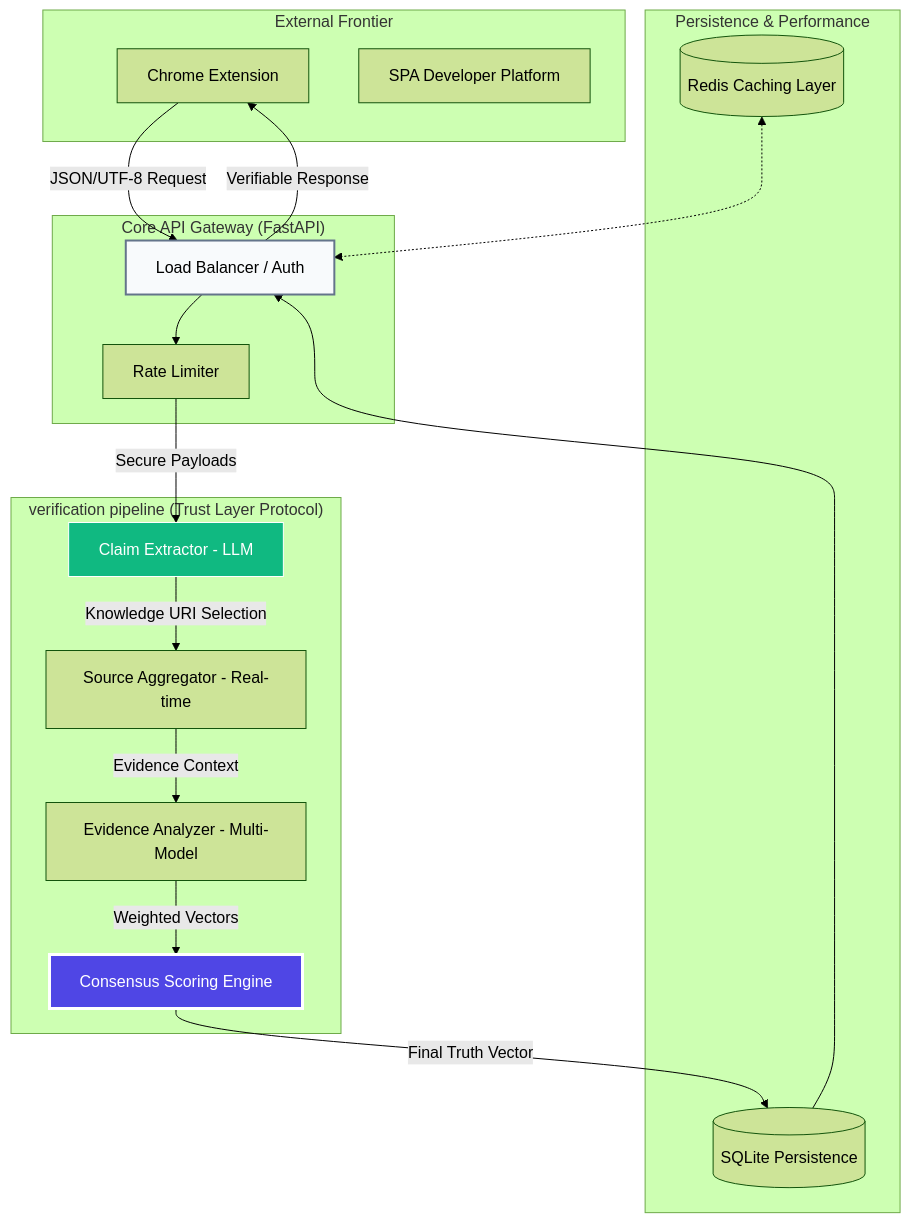
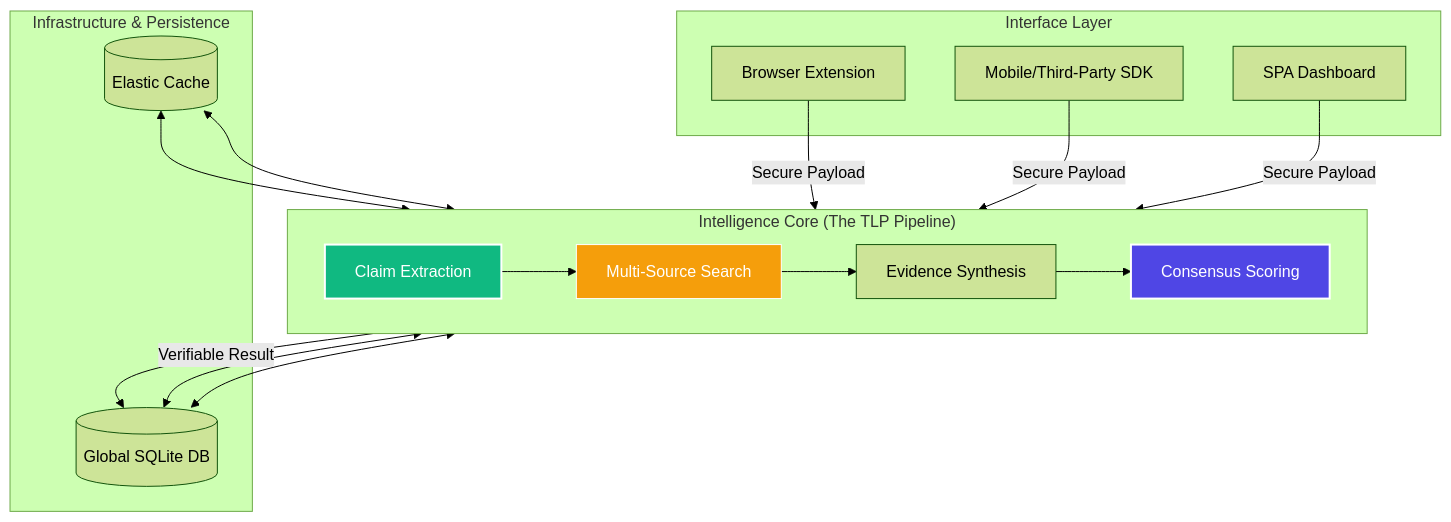
One commit to InnoShay/TLP changed the diagram in README.md. Above: the diagram before and after it, drawn with Mermaid (forest theme). The commit also changed other lines of this file, not shown here.

````diff
--- a/README.md
+++ b/README.md
@@ -21,39 +39,28 @@
 ```mermaid
 graph TB
-    subgraph "External Frontier"
-        EXT[Chrome Extension]
-        WEB[SPA Developer Platform]
+    subgraph "Interface Layer"
+        EXT[Browser Extension]
+        API[Mobile/Third-Party SDK]
+        WEB[SPA Dashboard]
     end
 
-    subgraph "Core API Gateway (FastAPI)"
-        GAT[Load Balancer / Auth]
-        RAT[Rate Limiter]
+    subgraph "Intelligence Core (The TLP Pipeline)"
+        direction LR
+        CEX[Claim Extraction] --> AGG[Multi-Source Search]
+        AGG --> ANA[Evidence Synthesis]
+        ANA --> CON[Consensus Scoring]
     end
 
-    subgraph "verification pipeline (Trust Layer Protocol)"
-        CEX[Claim Extractor - LLM]
-        AGG[Source Aggregator - Real-time]
-        ANA[Evidence Analyzer - Multi-Model]
-        CON[Consensus Scoring Engine]
+    subgraph "Infrastructure & Persistence"
+        SQL[(Global SQLite DB)]
+        RED[(Elastic Cache)]
     end
 
-    subgraph "Persistence & Performance"
-        SQL[(SQLite Persistence)]
-        RED[(Redis Caching Layer)]
-    end
+    EXT & API & WEB -->|Secure Payload| CEX
+    CON -->|Verifiable Result| SQL
+    SQL & RED <--> CEX & CON
 
-    EXT -->|JSON/UTF-8 Request| GAT
-    GAT --> RAT
-    RAT -->|Secure Payloads| CEX
-    CEX -->|Knowledge URI Selection| AGG
-    AGG -->|Evidence Context| ANA
-    ANA -->|Weighted Vectors| CON
-    CON -->|Final Truth Vector| SQL
-    SQL --> GAT
-    RED <-.-> GAT
-    GAT -->|Verifiable Response| EXT
-
-    style GAT fill:#f8fafc,stroke:#64748b,stroke-width:2px
-    style CON fill:#4f46e5,stroke:#fff,stroke-width:3px,color:#fff
-    style CEX fill:#10b981,stroke:#fff,stroke-width:1px,color:#fff
+    style CEX fill:#10b981,stroke:#fff,stroke-width:2px,color:#fff
+    style CON fill:#4f46e5,stroke:#fff,stroke-width:2px,color:#fff
+    style AGG fill:#f59e0b,stroke:#fff,stroke-width:1px,color:#fff
 ```
````
